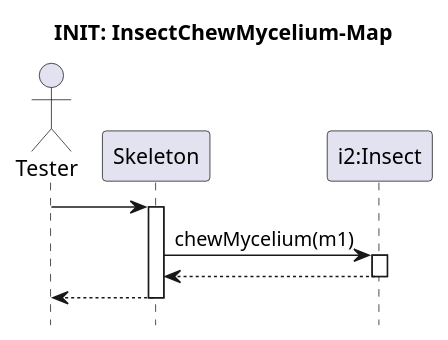
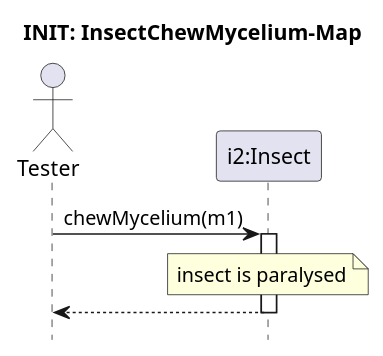
Before and after one commit to ZD4ve/projlab-error521: the diagram in Skeleton/Insect-chew-mycelium/paralysed.pu, drawn with PlantUML. The commit also changed 6 other files, not shown here.

```diff
--- a/Skeleton/Insect-chew-mycelium/paralysed.pu
+++ b/Skeleton/Insect-chew-mycelium/paralysed.pu
@@ -1,17 +1,13 @@
 @startuml Insect-chew-mycelium/paralysed
 hide footbox
 title INIT: InsectChewMycelium-Map
 
-actor Tester
-'TODO: Skeleton neve :Skeleton vagy csak Skeleton?
-participant Skeleton as S
+actor Tester as S
 participant "i2:Insect" as i2
 
 
-Tester -> S
-activate S
 S -> i2 : chewMycelium(m1)
 activate i2
-return
+note over i2 : insect is paralysed
 return
 @enduml
```
